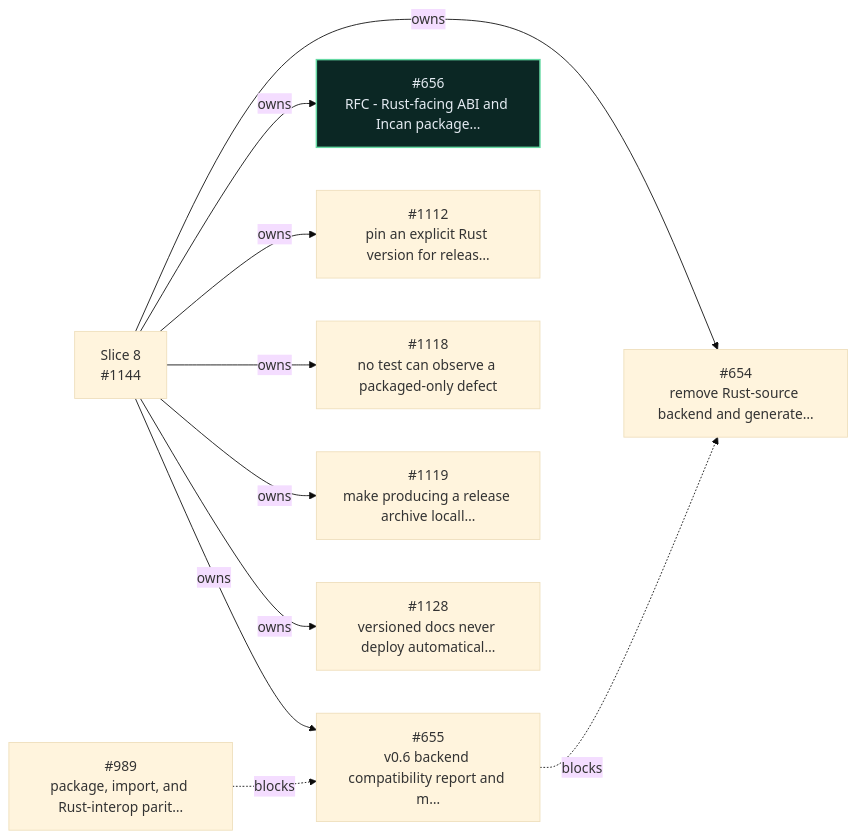
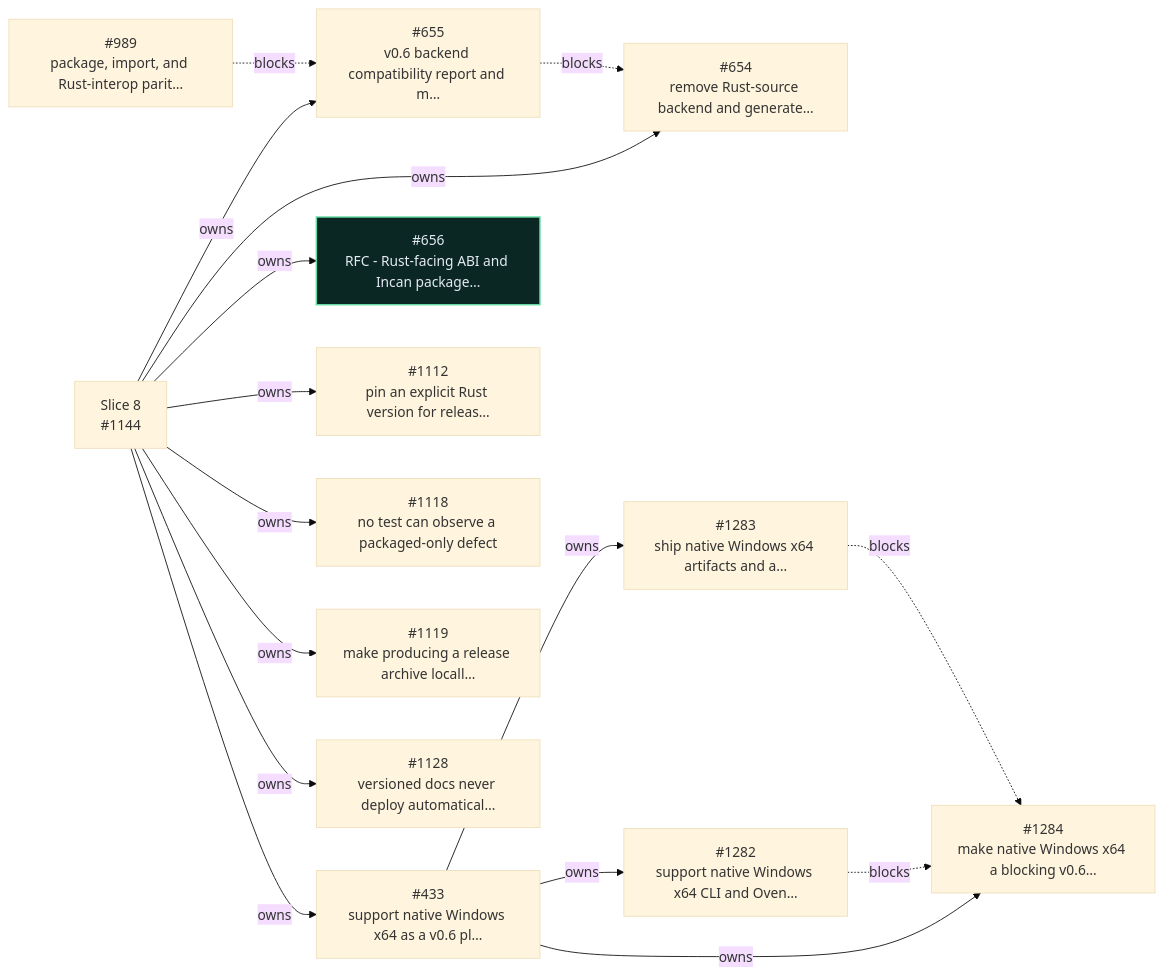
One commit to dannys-code-corner/incan changed the eighth of 8 diagrams in workspaces/docs-site/docs/_snippets/project/v0_6_roadmap.md. Above: the diagram before and after it, drawn with Mermaid (base theme). The commit also changed other lines of this file, not shown here.

Commit message:
docs - refresh the v0.6 roadmap snapshot (#1074)

````diff
--- a/workspaces/docs-site/docs/_snippets/project/v0_6_roadmap.md
+++ b/workspaces/docs-site/docs/_snippets/project/v0_6_roadmap.md
@@ -514,32 +553,46 @@
 ```mermaid
 flowchart LR
+  i433["#433<br/>support native Windows x64 as a v0.6 pl…"]
   i654["#654<br/>remove Rust-source backend and generate…"]
   i655["#655<br/>v0.6 backend compatibility report and m…"]
   i656["#656<br/>RFC - Rust-facing ABI and Incan package…"]
   i989["#989<br/>package, import, and Rust-interop parit…"]
   i1112["#1112<br/>pin an explicit Rust version for releas…"]
   i1118["#1118<br/>no test can observe a packaged-only defect"]
   i1119["#1119<br/>make producing a release archive locall…"]
   i1128["#1128<br/>versioned docs never deploy automatical…"]
   s1144["Slice 8<br/>#1144"]
+  i1282["#1282<br/>support native Windows x64 CLI and Oven…"]
+  i1283["#1283<br/>ship native Windows x64 artifacts and a…"]
+  i1284["#1284<br/>make native Windows x64 a blocking v0.6…"]
+  s1144 -- owns --> i433
   s1144 -- owns --> i654
   s1144 -- owns --> i655
   s1144 -- owns --> i656
   s1144 -- owns --> i1112
   s1144 -- owns --> i1118
   s1144 -- owns --> i1119
   s1144 -- owns --> i1128
+  i433 -- owns --> i1282
+  i433 -- owns --> i1283
+  i433 -- owns --> i1284
   i655 -. blocks .-> i654
   i989 -. blocks .-> i655
+  i1282 -. blocks .-> i1284
+  i1283 -. blocks .-> i1284
   classDef incv06complete fill:#0b2724,stroke:#66d9a3,color:#e4ebf2,stroke-width:1.7px
   class i656 incv06complete
+  click i433 href "https://github.com/encero-systems/incan/issues/433" "Open #433 on GitHub"
   click i654 href "https://github.com/encero-systems/incan/issues/654" "Open #654 on GitHub"
   click i655 href "https://github.com/encero-systems/incan/issues/655" "Open #655 on GitHub"
   click i656 href "https://github.com/encero-systems/incan/issues/656" "Open #656 on GitHub"
   click i989 href "https://github.com/encero-systems/incan/issues/989" "Open #989 on GitHub"
   click i1112 href "https://github.com/encero-systems/incan/issues/1112" "Open #1112 on GitHub"
   click i1118 href "https://github.com/encero-systems/incan/issues/1118" "Open #1118 on GitHub"
   click i1119 href "https://github.com/encero-systems/incan/issues/1119" "Open #1119 on GitHub"
   click i1128 href "https://github.com/encero-systems/incan/issues/1128" "Open #1128 on GitHub"
   click s1144 href "https://github.com/encero-systems/incan/issues/1144" "Open #1144 on GitHub"
+  click i1282 href "https://github.com/encero-systems/incan/issues/1282" "Open #1282 on GitHub"
+  click i1283 href "https://github.com/encero-systems/incan/issues/1283" "Open #1283 on GitHub"
+  click i1284 href "https://github.com/encero-systems/incan/issues/1284" "Open #1284 on GitHub"
 ```
````
